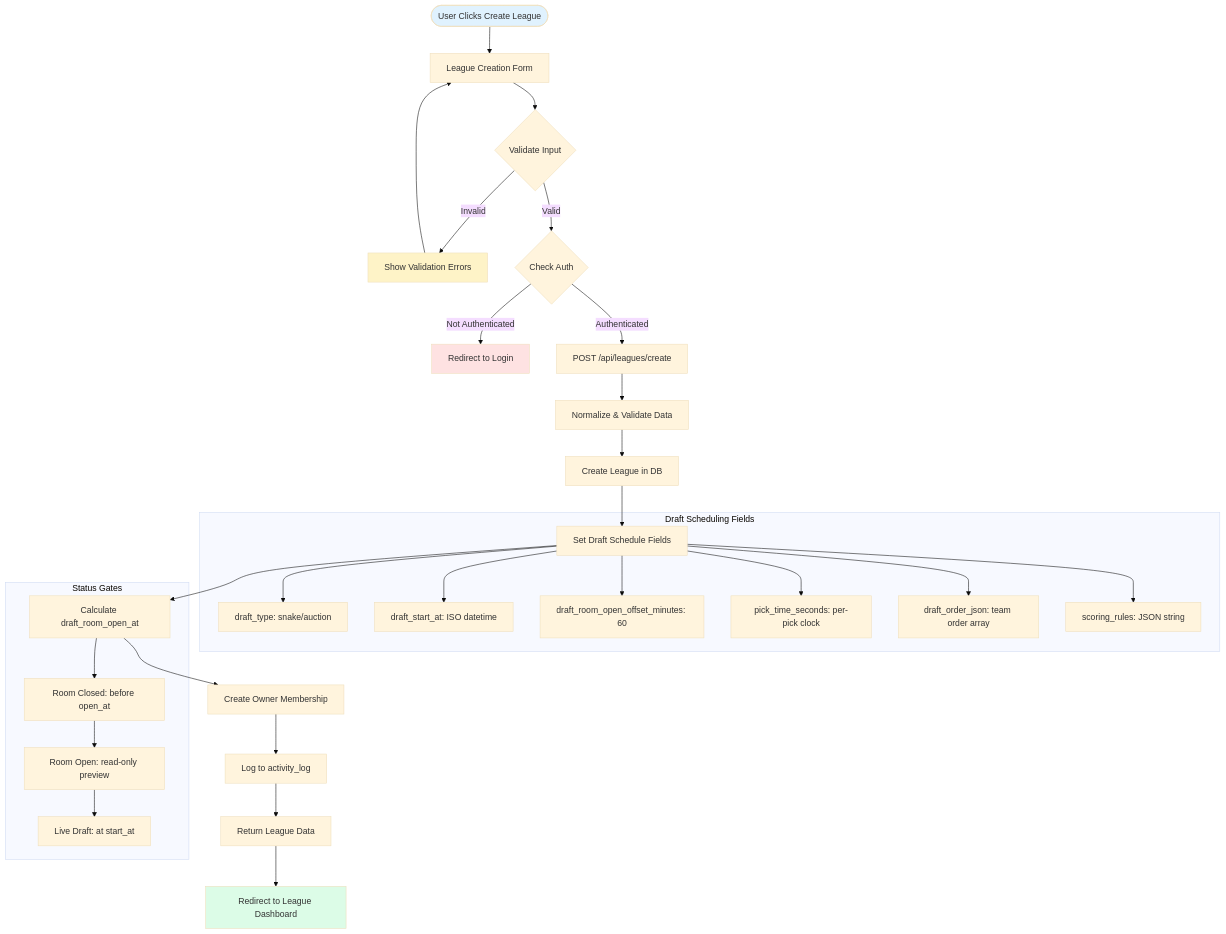
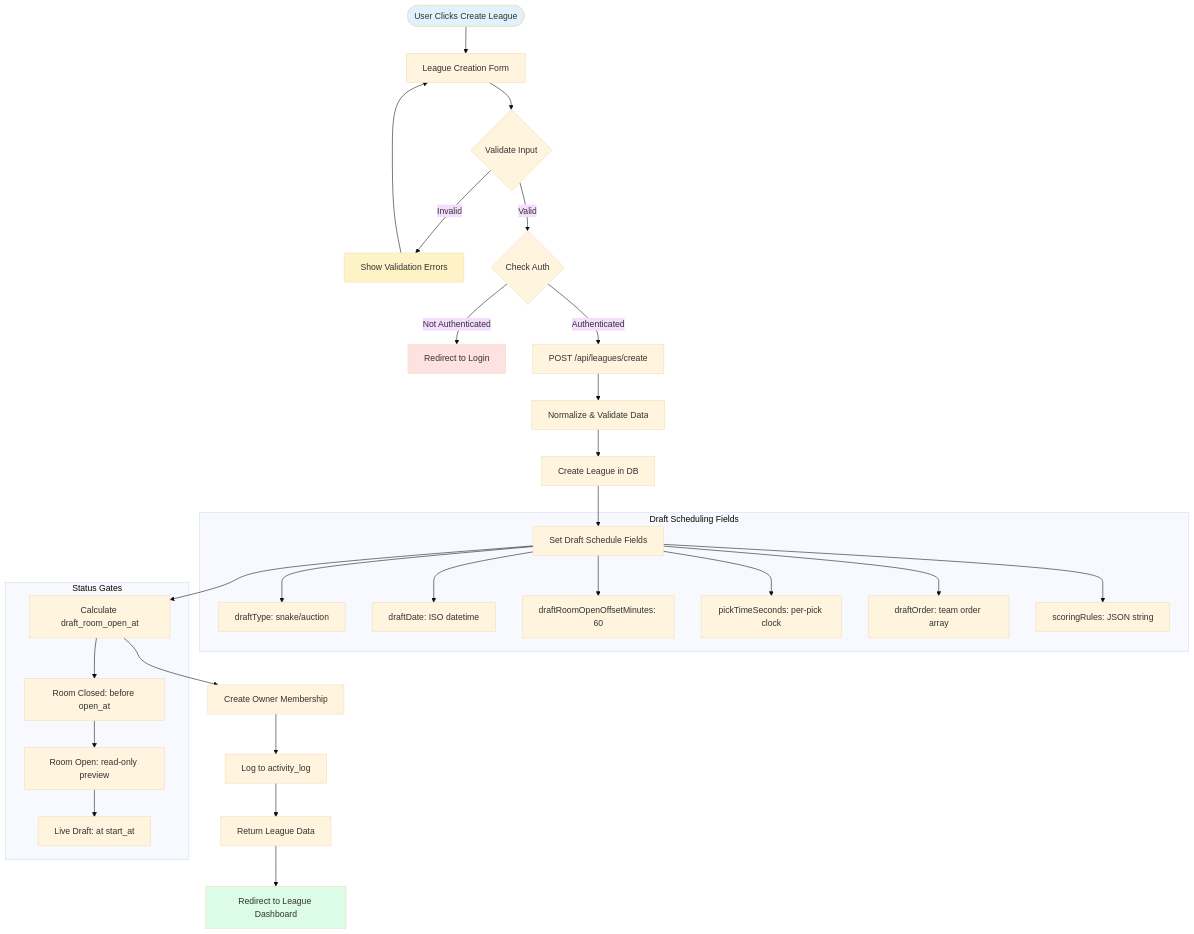
The first of 2 diagrams in docs/diagrams/functional-flow/create-league-flow-with-draft-scheduling.md (kpm34/college-football-fantasy-app), drawn with Mermaid (base theme) before and after one commit. The commit also changed other lines of this file and 288 other files, not shown here.

Commit message:
feat(diagrams): Admin Diagrams hub + Lucid OAuth/import integration; add Open in Lucid buttons; fix TS setup

````diff
--- a/docs/diagrams/functional-flow/create-league-flow-with-draft-scheduling.md
+++ b/docs/diagrams/functional-flow/create-league-flow-with-draft-scheduling.md
@@ -13,41 +13,41 @@
 ```mermaid
 flowchart TD
     Start([User Clicks Create League]) --> Form[League Creation Form]
     Form --> Validate{Validate Input}
     Validate -->|Invalid| ShowError[Show Validation Errors]
     ShowError --> Form
     Validate -->|Valid| AuthCheck{Check Auth}
     AuthCheck -->|Not Authenticated| LoginRedirect[Redirect to Login]
     AuthCheck -->|Authenticated| APICall[POST /api/leagues/create]
     
     APICall --> Normalize[Normalize & Validate Data]
     Normalize --> CreateLeague[Create League in DB]
     
     CreateLeague --> SetSchedule[Set Draft Schedule Fields]
     SetSchedule --> CalcOpenTime[Calculate draft_room_open_at]
     CalcOpenTime --> CreateMembership[Create Owner Membership]
     
     CreateMembership --> LogActivity[Log to activity_log]
     LogActivity --> Response[Return League Data]
     Response --> Redirect[Redirect to League Dashboard]
     
     subgraph "Draft Scheduling Fields"
-        SetSchedule --> DS1[draft_type: snake/auction]
-        SetSchedule --> DS2[draft_start_at: ISO datetime]
-        SetSchedule --> DS3[draft_room_open_offset_minutes: 60]
-        SetSchedule --> DS4[pick_time_seconds: per-pick clock]
-        SetSchedule --> DS5[draft_order_json: team order array]
-        SetSchedule --> DS6[scoring_rules: JSON string]
+        SetSchedule --> DS1[draftType: snake/auction]
+        SetSchedule --> DS2[draftDate: ISO datetime]
+        SetSchedule --> DS3[draftRoomOpenOffsetMinutes: 60]
+        SetSchedule --> DS4[pickTimeSeconds: per-pick clock]
+        SetSchedule --> DS5[draftOrder: team order array]
+        SetSchedule --> DS6[scoringRules: JSON string]
     end
     
     subgraph "Status Gates"
         CalcOpenTime --> SG1[Room Closed: before open_at]
         SG1 --> SG2[Room Open: read-only preview]
         SG2 --> SG3[Live Draft: at start_at]
     end
     
     style Start fill:#e0f2fe
     style Redirect fill:#dcfce7
     style LoginRedirect fill:#fee2e2
     style ShowError fill:#fef3c7
 ```
````
